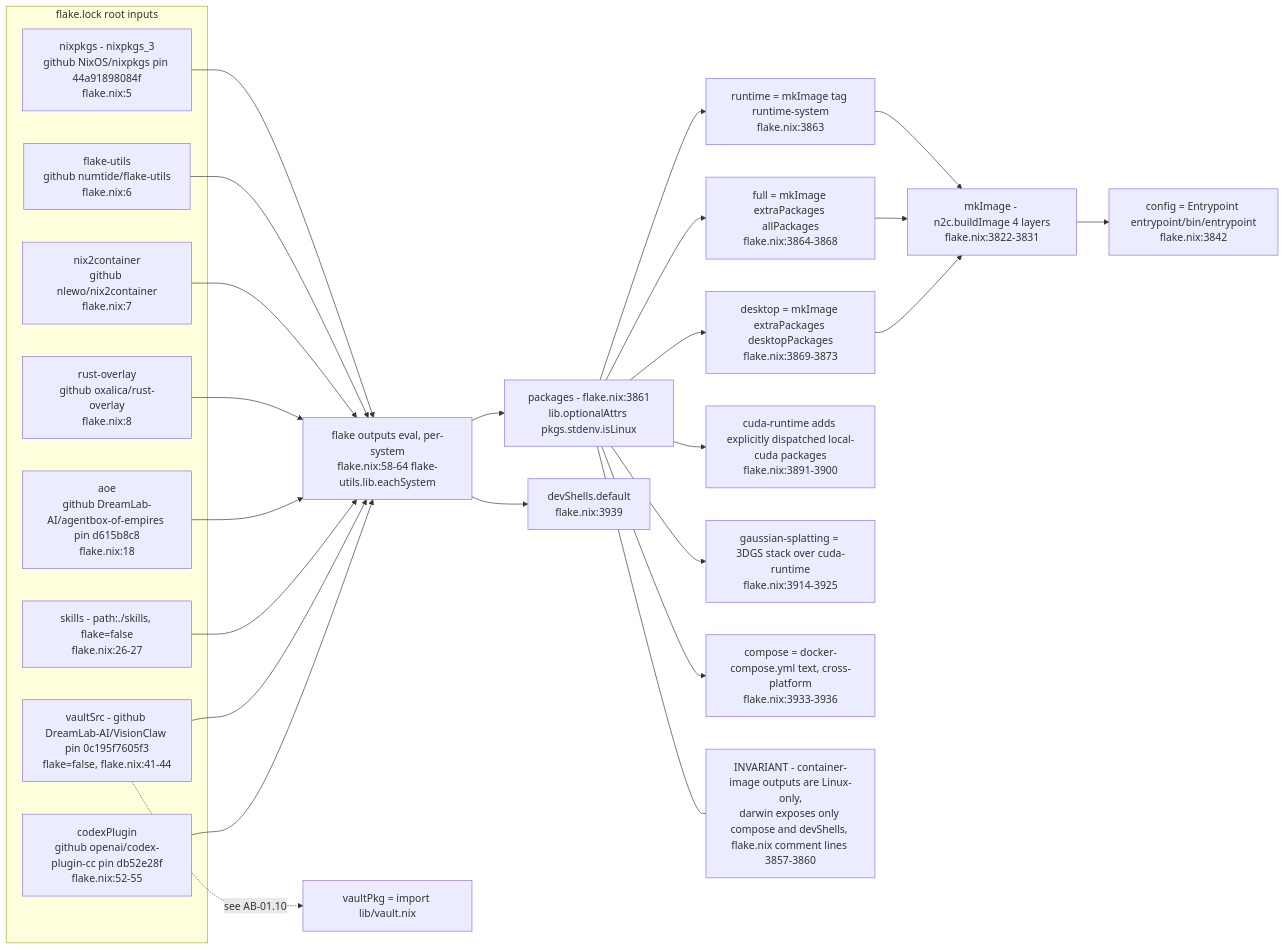
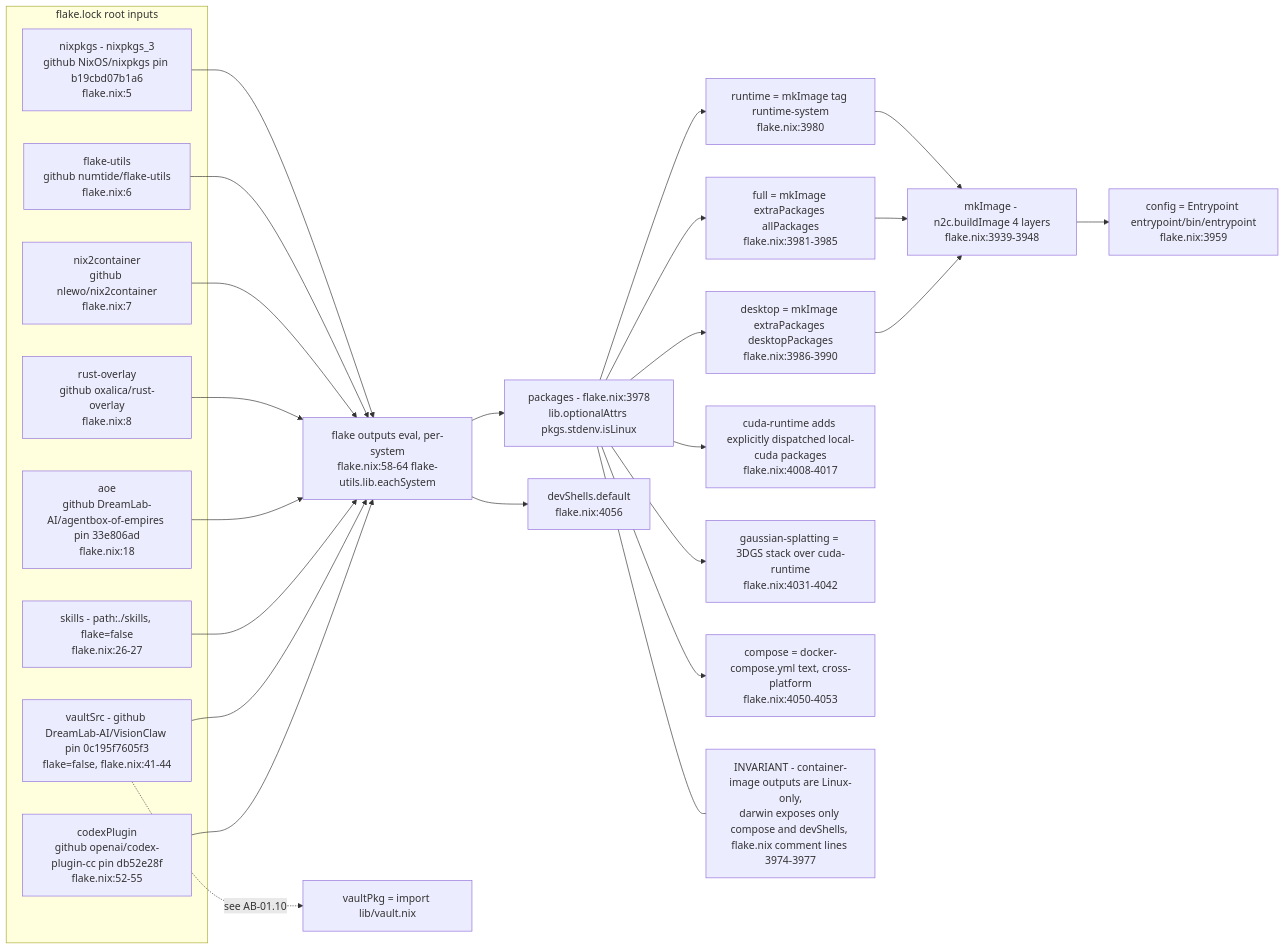
Before and after one commit to DreamLab-AI/VisionFlow: the eighth of 10 diagrams in docs/diagrams/agentbox/01-nix-flake-composition.md, drawn with Mermaid. The commit also changed other lines of this file and 94 other files, not shown here.

First line of the commit message:
docs(diagrams): re-verify 130 topics against 2 October HEADs

````diff
--- a/docs/diagrams/agentbox/01-nix-flake-composition.md
+++ b/docs/diagrams/agentbox/01-nix-flake-composition.md
@@ -340,42 +354,42 @@
 ```mermaid
 flowchart LR
     subgraph INPUTS["flake.lock root inputs"]
-        NIXPKGS["nixpkgs - nixpkgs_3<br/>github NixOS/nixpkgs pin 44a91898084f<br/>flake.nix:5"]
+        NIXPKGS["nixpkgs - nixpkgs_3<br/>github NixOS/nixpkgs pin b19cbd07b1a6<br/>flake.nix:5"]
         FU["flake-utils<br/>github numtide/flake-utils<br/>flake.nix:6"]
         N2C["nix2container<br/>github nlewo/nix2container<br/>flake.nix:7"]
         RO["rust-overlay<br/>github oxalica/rust-overlay<br/>flake.nix:8"]
-        AOE["aoe<br/>github DreamLab-AI/agentbox-of-empires pin d615b8c8<br/>flake.nix:18"]
+        AOE["aoe<br/>github DreamLab-AI/agentbox-of-empires pin 33e806ad<br/>flake.nix:18"]
         SKILLS["skills - path:./skills, flake=false<br/>flake.nix:26-27"]
         VAULTSRC["vaultSrc - github DreamLab-AI/VisionClaw pin 0c195f7605f3<br/>flake=false, flake.nix:41-44"]
         CODEX["codexPlugin<br/>github openai/codex-plugin-cc pin db52e28f<br/>flake.nix:52-55"]
     end
 
     NIXPKGS --> EVAL["flake outputs eval, per-system<br/>flake.nix:58-64 flake-utils.lib.eachSystem"]
     FU --> EVAL
     N2C --> EVAL
     RO --> EVAL
     AOE --> EVAL
     SKILLS --> EVAL
     VAULTSRC --> EVAL
     CODEX --> EVAL
 
-    EVAL --> PACKAGES["packages - flake.nix:3861<br/>lib.optionalAttrs pkgs.stdenv.isLinux"]
-    EVAL --> DEVSHELL["devShells.default<br/>flake.nix:3939"]
+    EVAL --> PACKAGES["packages - flake.nix:3978<br/>lib.optionalAttrs pkgs.stdenv.isLinux"]
+    EVAL --> DEVSHELL["devShells.default<br/>flake.nix:4056"]
 
-    PACKAGES --> RUNTIME["runtime = mkImage tag runtime-system<br/>flake.nix:3863"]
-    PACKAGES --> FULL["full = mkImage extraPackages allPackages<br/>flake.nix:3864-3868"]
-    PACKAGES --> DESKTOP["desktop = mkImage extraPackages desktopPackages<br/>flake.nix:3869-3873"]
-    PACKAGES --> CUDART["cuda-runtime adds explicitly dispatched local-cuda packages<br/>flake.nix:3891-3900"]
-    PACKAGES --> GSPLAT["gaussian-splatting = 3DGS stack over cuda-runtime<br/>flake.nix:3914-3925"]
-    PACKAGES --> COMPOSE["compose = docker-compose.yml text, cross-platform<br/>flake.nix:3933-3936"]
+    PACKAGES --> RUNTIME["runtime = mkImage tag runtime-system<br/>flake.nix:3980"]
+    PACKAGES --> FULL["full = mkImage extraPackages allPackages<br/>flake.nix:3981-3985"]
+    PACKAGES --> DESKTOP["desktop = mkImage extraPackages desktopPackages<br/>flake.nix:3986-3990"]
+    PACKAGES --> CUDART["cuda-runtime adds explicitly dispatched local-cuda packages<br/>flake.nix:4008-4017"]
+    PACKAGES --> GSPLAT["gaussian-splatting = 3DGS stack over cuda-runtime<br/>flake.nix:4031-4042"]
+    PACKAGES --> COMPOSE["compose = docker-compose.yml text, cross-platform<br/>flake.nix:4050-4053"]
 
-    RUNTIME --> MKIMG["mkImage - n2c.buildImage 4 layers<br/>flake.nix:3822-3831"]
+    RUNTIME --> MKIMG["mkImage - n2c.buildImage 4 layers<br/>flake.nix:3939-3948"]
     FULL --> MKIMG
     DESKTOP --> MKIMG
 
-    MKIMG --> ENTRYPOINT["config = Entrypoint entrypoint/bin/entrypoint<br/>flake.nix:3842"]
+    MKIMG --> ENTRYPOINT["config = Entrypoint entrypoint/bin/entrypoint<br/>flake.nix:3959"]
     VAULTSRC -.->|"see AB-01.10"| VAULTPKG["vaultPkg = import lib/vault.nix"]
 
-    NOTE1["INVARIANT - container-image outputs are Linux-only,<br/>darwin exposes only compose and devShells, flake.nix comment lines 3857-3860"]
+    NOTE1["INVARIANT - container-image outputs are Linux-only,<br/>darwin exposes only compose and devShells, flake.nix comment lines 3974-3977"]
     PACKAGES --- NOTE1
 ```
````
